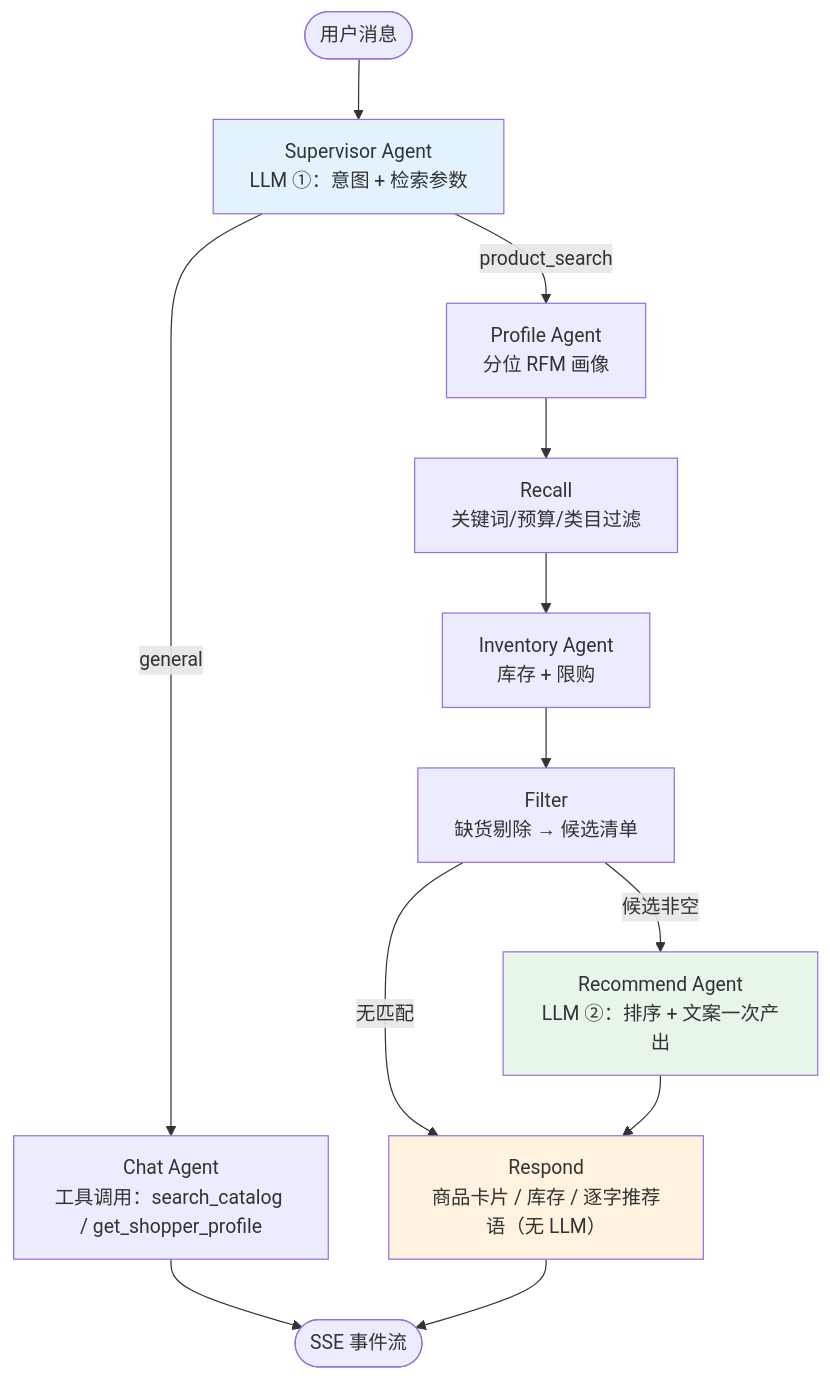
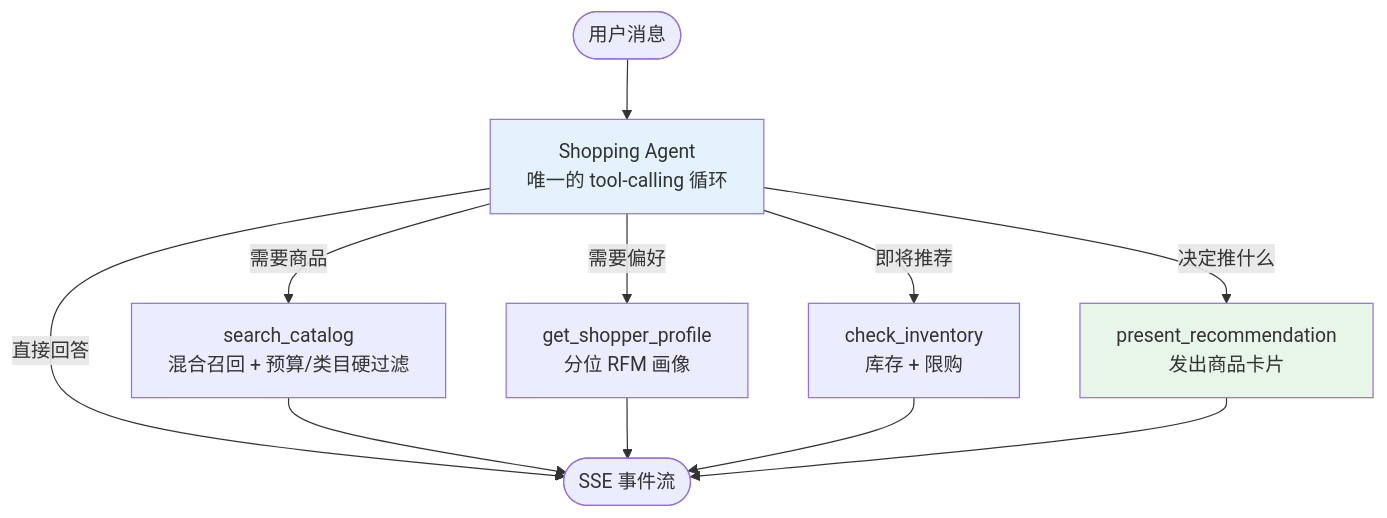
Before and after one commit to heyheyHazel/Awesome-Agentic-Shopping-Assistant: the diagram in README.md, drawn with Mermaid. The commit also changed other lines of this file and 4 other files, not shown here.

````diff
--- a/README.md
+++ b/README.md
@@ -30,18 +32,16 @@
 ```mermaid
 graph TD
-    START([用户消息]) --> SUP["Supervisor Agent<br/>LLM ①：意图 + 检索参数"]
-    SUP -->|"general"| CHAT["Chat Agent<br/>工具调用：search_catalog / get_shopper_profile"]
-    SUP -->|"product_search"| PROFILE["Profile Agent<br/>分位 RFM 画像"]
-    PROFILE --> RECALL["Recall<br/>关键词/预算/类目过滤"]
-    RECALL --> INV["Inventory Agent<br/>库存 + 限购"]
-    INV --> FILTER["Filter<br/>缺货剔除 → 候选清单"]
-    FILTER -->|"候选非空"| REC["Recommend Agent<br/>LLM ②：排序 + 文案一次产出"]
-    FILTER -->|"无匹配"| RESP
-    REC --> RESP["Respond<br/>商品卡片 / 库存 / 逐字推荐语（无 LLM）"]
-    CHAT --> DONE([SSE 事件流])
-    RESP --> DONE
+    USER([用户消息]) --> AGENT["Shopping Agent<br/>唯一的 tool-calling 循环"]
+    AGENT -->|"需要商品"| SEARCH["search_catalog<br/>混合召回 + 预算/类目硬过滤"]
+    AGENT -->|"需要偏好"| PROFILE["get_shopper_profile<br/>分位 RFM 画像"]
+    AGENT -->|"即将推荐"| INV["check_inventory<br/>库存 + 限购"]
+    AGENT -->|"决定推什么"| PRESENT["present_recommendation<br/>发出商品卡片"]
+    AGENT -->|"直接回答"| DONE([SSE 事件流])
+    SEARCH --> DONE
+    PROFILE --> DONE
+    INV --> DONE
+    PRESENT --> DONE
 
-    style SUP fill:#e3f2fd
-    style REC fill:#e8f5e9
-    style RESP fill:#fff3e0
+    style AGENT fill:#e3f2fd
+    style PRESENT fill:#e8f5e9
 ```
````
